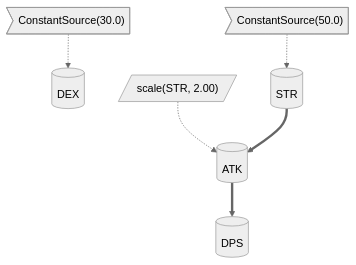
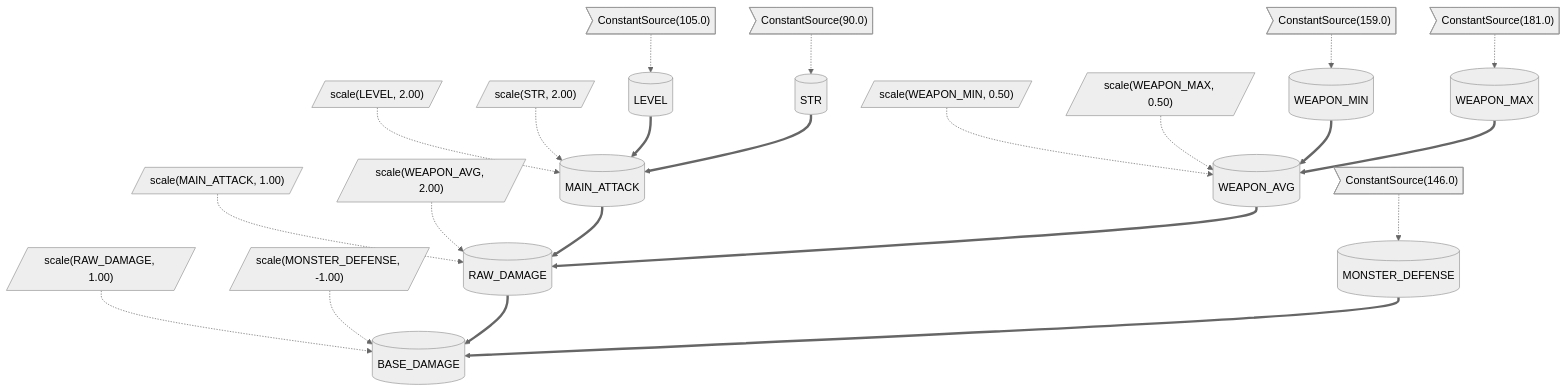
Before and after one commit to singoesdeep/zzstat: the diagram in README.md, drawn with Mermaid (neutral theme). The commit also changed 6 other files, not shown here.

Commit message:
chore: bump version to 0.2.1 and add metin2 graph to README

````diff
--- a/README.md
+++ b/README.md
@@ -104,15 +104,46 @@
 ```mermaid
 graph TD
-    DEX[("DEX")]
-    DEX_src_b0>"ConstantSource(30.0)"]
-    DEX_src_b0 -.-> DEX
-    ATK[("ATK")]
-    ATK_tr_b0[/"scale(STR, 2.00)"/]
-    ATK_tr_b0 -.-> ATK
-    DPS[("DPS")]
+    WEAPON_MAX[("WEAPON_MAX")]
+    WEAPON_MAX_src_b0>"ConstantSource(181.0)"]
+    WEAPON_MAX_src_b0 -.-> WEAPON_MAX
+    WEAPON_MIN[("WEAPON_MIN")]
+    WEAPON_MIN_src_b0>"ConstantSource(159.0)"]
+    WEAPON_MIN_src_b0 -.-> WEAPON_MIN
+    MAIN_ATTACK[("MAIN_ATTACK")]
+    MAIN_ATTACK_tr_b0[/"scale(LEVEL, 2.00)"/]
+    MAIN_ATTACK_tr_b0 -.-> MAIN_ATTACK
+    MAIN_ATTACK_tr_b1[/"scale(STR, 2.00)"/]
+    MAIN_ATTACK_tr_b1 -.-> MAIN_ATTACK
+    MONSTER_DEFENSE[("MONSTER_DEFENSE")]
+    MONSTER_DEFENSE_src_b0>"ConstantSource(146.0)"]
+    MONSTER_DEFENSE_src_b0 -.-> MONSTER_DEFENSE
+    RAW_DAMAGE[("RAW_DAMAGE")]
+    RAW_DAMAGE_tr_b0[/"scale(MAIN_ATTACK, 1.00)"/]
+    RAW_DAMAGE_tr_b0 -.-> RAW_DAMAGE
+    RAW_DAMAGE_tr_b1[/"scale(WEAPON_AVG, 2.00)"/]
+    RAW_DAMAGE_tr_b1 -.-> RAW_DAMAGE
+    BASE_DAMAGE[("BASE_DAMAGE")]
+    BASE_DAMAGE_tr_b0[/"scale(RAW_DAMAGE, 1.00)"/]
+    BASE_DAMAGE_tr_b0 -.-> BASE_DAMAGE
+    BASE_DAMAGE_tr_b1[/"scale(MONSTER_DEFENSE, -1.00)"/]
+    BASE_DAMAGE_tr_b1 -.-> BASE_DAMAGE
+    LEVEL[("LEVEL")]
+    LEVEL_src_b0>"ConstantSource(105.0)"]
+    LEVEL_src_b0 -.-> LEVEL
     STR[("STR")]
-    STR_src_b0>"ConstantSource(50.0)"]
+    STR_src_b0>"ConstantSource(90.0)"]
     STR_src_b0 -.-> STR
-    STR ==> ATK
-    ATK ==> DPS
+    WEAPON_AVG[("WEAPON_AVG")]
+    WEAPON_AVG_tr_b0[/"scale(WEAPON_MIN, 0.50)"/]
+    WEAPON_AVG_tr_b0 -.-> WEAPON_AVG
+    WEAPON_AVG_tr_b1[/"scale(WEAPON_MAX, 0.50)"/]
+    WEAPON_AVG_tr_b1 -.-> WEAPON_AVG
+    LEVEL ==> MAIN_ATTACK
+    STR ==> MAIN_ATTACK
+    MAIN_ATTACK ==> RAW_DAMAGE
+    WEAPON_AVG ==> RAW_DAMAGE
+    RAW_DAMAGE ==> BASE_DAMAGE
+    MONSTER_DEFENSE ==> BASE_DAMAGE
+    WEAPON_MIN ==> WEAPON_AVG
+    WEAPON_MAX ==> WEAPON_AVG
 ```
````
